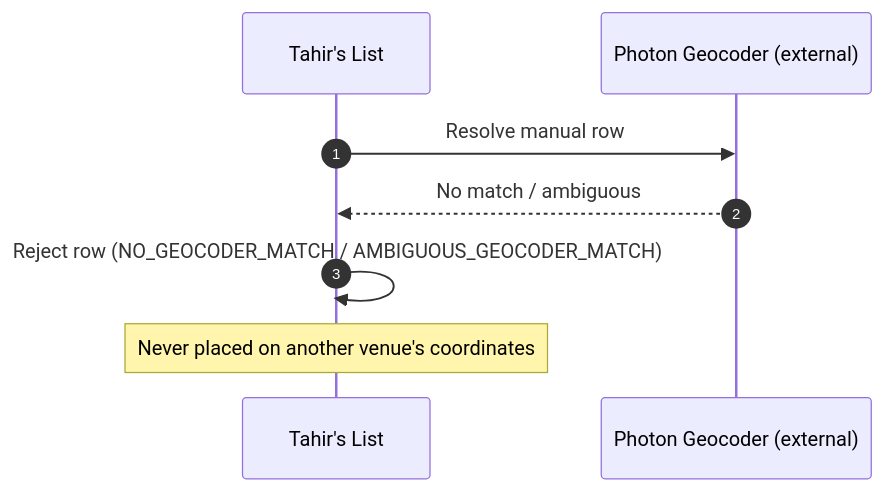
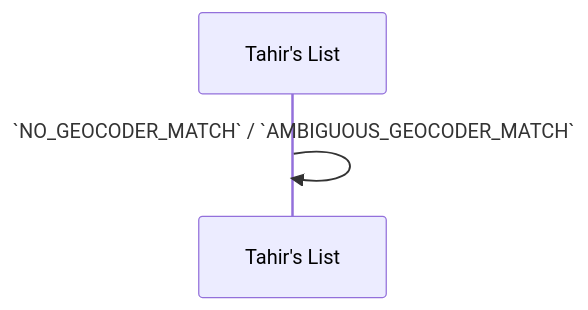
The fifth of 6 diagrams in docs/features/SC-211/04-blackbox/UC-02-compile-cited-manual-batch.md (Losers-Lab/tahirs-list), drawn with Mermaid before and after one commit. The commit also changed other lines of this file and 14 other files, not shown here.

Commit message:
[SC-211] Retrofit design to diagram-first format

````diff
--- a/docs/features/SC-211/04-blackbox/UC-02-compile-cited-manual-batch.md
+++ b/docs/features/SC-211/04-blackbox/UC-02-compile-cited-manual-batch.md
@@ -75,10 +50,5 @@
 ```mermaid
 sequenceDiagram
-  autonumber
   participant TL as Tahir's List
-  participant PH as Photon Geocoder (external)
-  TL->>PH: Resolve manual row
-  PH-->>TL: No match / ambiguous
-  TL->>TL: Reject row (NO_GEOCODER_MATCH / AMBIGUOUS_GEOCODER_MATCH)
-  Note over TL: Never placed on another venue's coordinates
+  TL->>TL: `NO_GEOCODER_MATCH` / `AMBIGUOUS_GEOCODER_MATCH`
 ```
````
